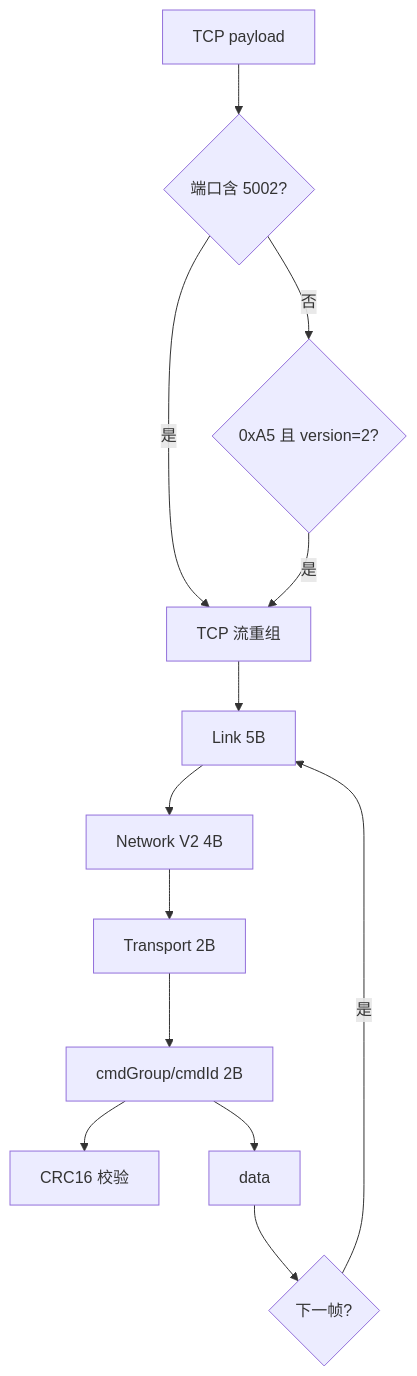
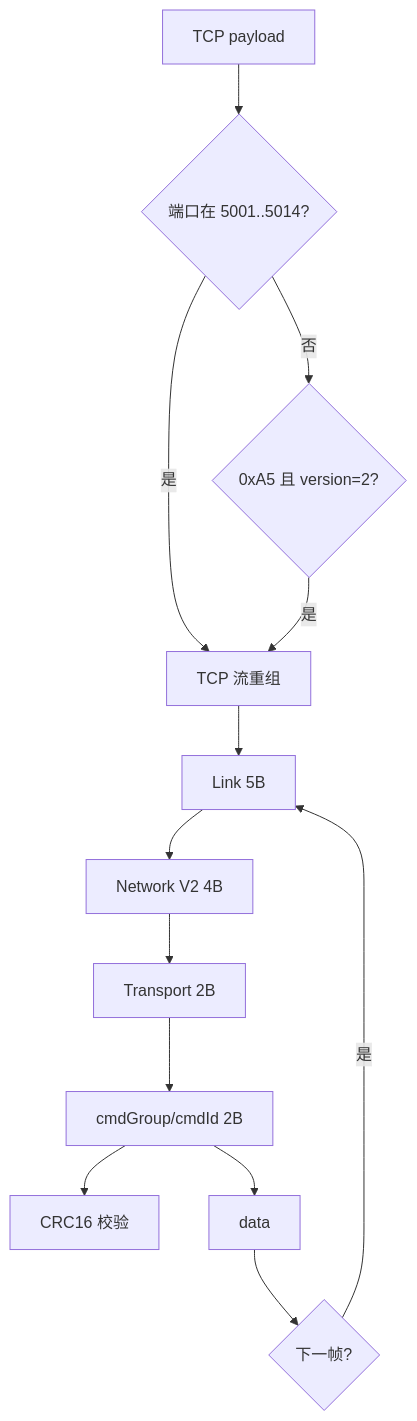
The diagram in 3.wireshark_plugin/BMS2.0-Wireshark解析方案.md (ffsxsy/py_work_script_repo), drawn with Mermaid before and after one commit. The commit also changed other lines of this file and 98 other files, not shown here.

````diff
--- a/3.wireshark_plugin/BMS2.0-Wireshark解析方案.md
+++ b/3.wireshark_plugin/BMS2.0-Wireshark解析方案.md
@@ -73,15 +79,15 @@
 ```mermaid
 flowchart TD
-    tcp[TCP payload] --> portCheck{端口含 5002?}
+    tcp[TCP payload] --> portCheck{端口在 5001..5014?}
     portCheck -->|是| reasm[TCP 流重组]
     portCheck -->|否| heuristic{0xA5 且 version=2?}
     heuristic -->|是| reasm
     reasm --> parseLink[Link 5B]
     parseLink --> parseNet[Network V2 4B]
     parseNet --> parseTrans[Transport 2B]
     parseTrans --> parseExpr[cmdGroup/cmdId 2B]
     parseExpr --> crcCheck[CRC16 校验]
     parseExpr --> payload[data]
     payload --> moreFrame{下一帧?}
     moreFrame -->|是| parseLink
 ```
````
